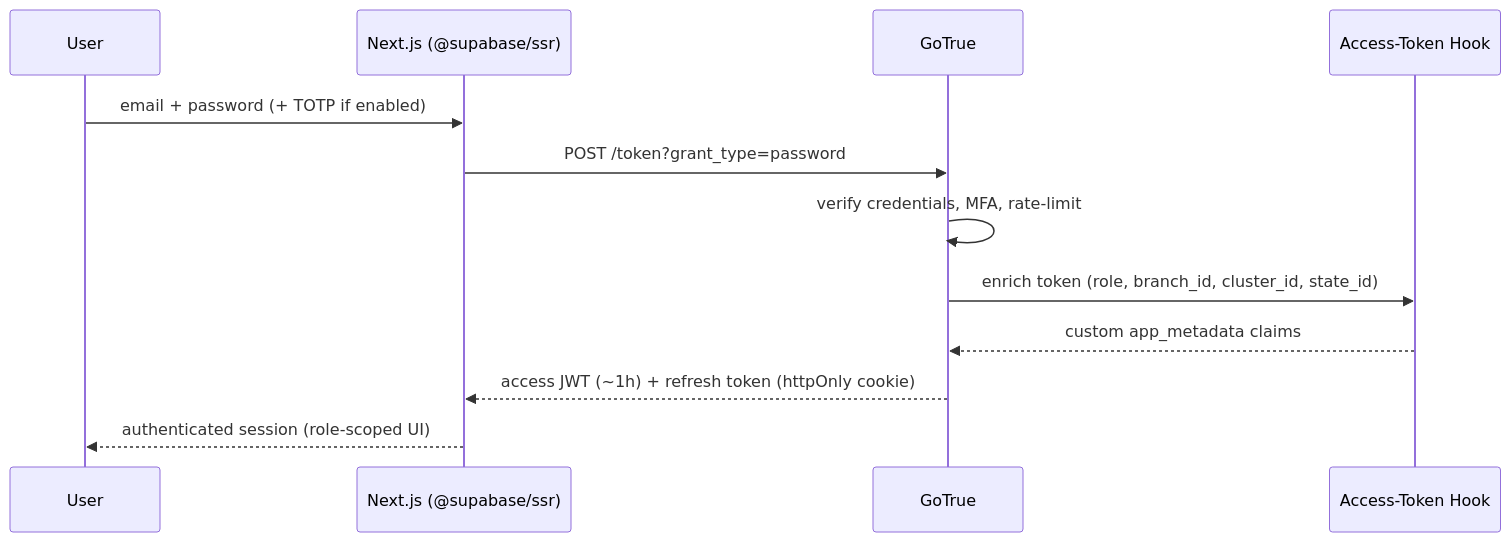
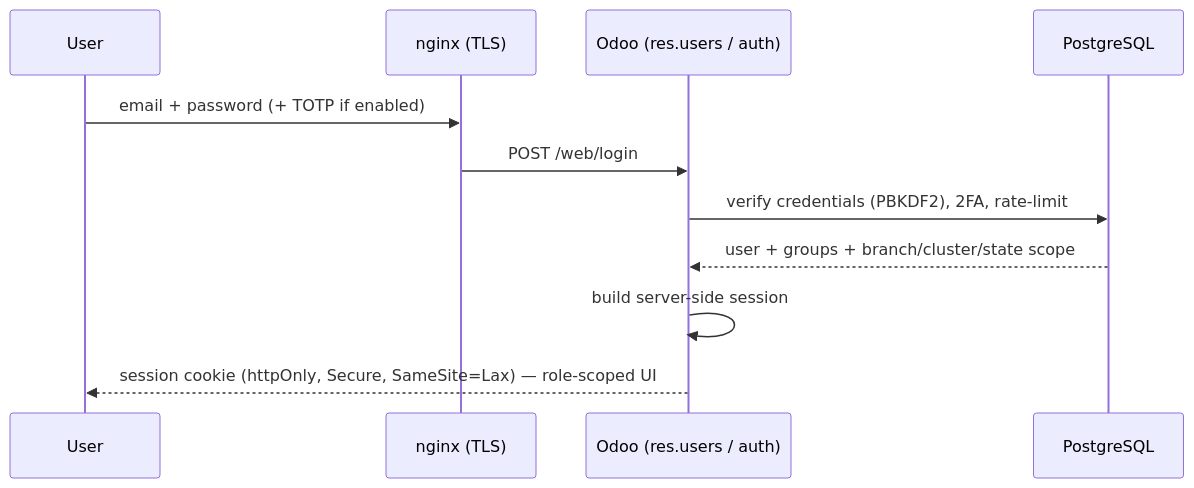
Before and after one commit to arunideen/branch-cash-management-system-odoo: the diagram in docs/diagrams/auth-flow.md, drawn with Mermaid. The commit also changed 53 other files, not shown here.

````diff
--- a/docs/diagrams/auth-flow.md
+++ b/docs/diagrams/auth-flow.md
@@ -5,14 +5,13 @@
 ```mermaid
 sequenceDiagram
     participant U as User
-    participant FE as Next.js (@supabase/ssr)
-    participant GT as GoTrue
-    participant HK as Access-Token Hook
-    U->>FE: email + password (+ TOTP if enabled)
-    FE->>GT: POST /token?grant_type=password
-    GT->>GT: verify credentials, MFA, rate-limit
-    GT->>HK: enrich token (role, branch_id, cluster_id, state_id)
-    HK-->>GT: custom app_metadata claims
-    GT-->>FE: access JWT (~1h) + refresh token (httpOnly cookie)
-    FE-->>U: authenticated session (role-scoped UI)
+    participant NG as nginx (TLS)
+    participant OD as Odoo (res.users / auth)
+    participant DB as PostgreSQL
+    U->>NG: email + password (+ TOTP if enabled)
+    NG->>OD: POST /web/login
+    OD->>DB: verify credentials (PBKDF2), 2FA, rate-limit
+    DB-->>OD: user + groups + branch/cluster/state scope
+    OD->>OD: build server-side session
+    OD-->>U: session cookie (httpOnly, Secure, SameSite=Lax) — role-scoped UI
 ```
````
